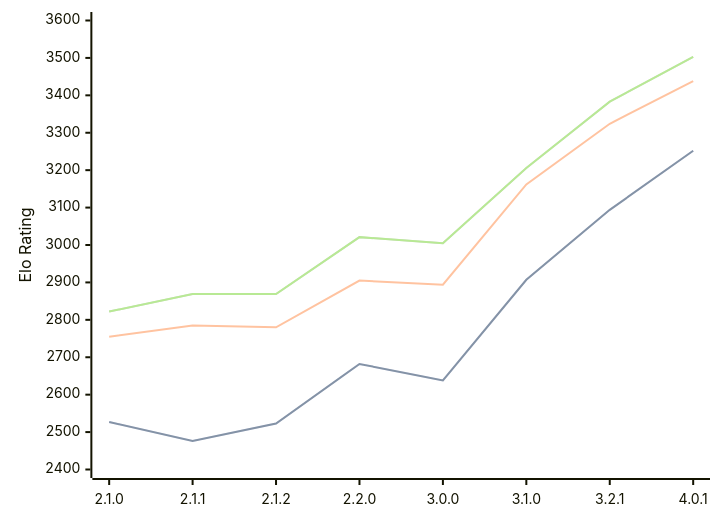
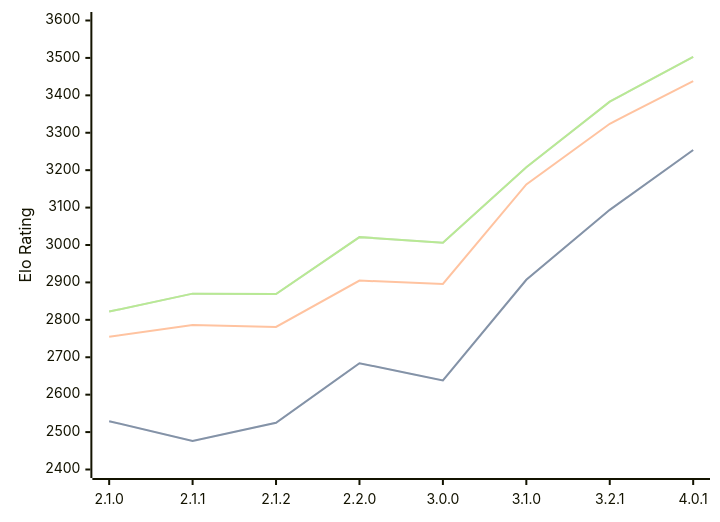
The diagram in engines/Prune.md (computer-chess-index/cci), drawn with Mermaid before and after one commit. The commit also changed other lines of this file, not shown here.

Commit message:
Update CCI Ratings (ELO VLTC) - 2026-08-27

````diff
--- a/engines/Prune.md
+++ b/engines/Prune.md
@@ -40,11 +40,11 @@
 ```mermaid
 %%{init: {"theme":"base","themeVariables":{"seriesColors:['#a3a3a3','#222221','#faa371']}}}%%
 xychart-beta
   x-axis ["2.1.0", "2.1.1", "2.1.2", "2.2.0", "3.0.0", "3.1.0", "3.2.1", "4.0.1"]
   y-axis "Elo Rating" 2400 --> 3600
-  line "STC (8.0+0.08s)" [2527, 2476, 2523, 2682, 2638, 2907, 3094, 3252]
-  line "STC (8.0+0.08s)" [2527, 2476, 2523, 2682, 2638, 2907, 3094, 3252]
-  line "LTC (60.0+0.60s)" [2755, 2785, 2780, 2905, 2894, 3162, 3324, 3438]
-  line "VLTC (2m24s+1.12s)" [2822, 2869, 2869, 3021, 3005, 3206, 3383, 3503]
-  line "VLTC (2m24s+1.12s)" [2822, 2869, 2869, 3021, 3005, 3206, 3383, 3503]
+  line "STC (8.0+0.08s)" [2529, 2476, 2525, 2684, 2638, 2907, 3094, 3254]
+  line "STC (8.0+0.08s)" [2529, 2476, 2525, 2684, 2638, 2907, 3094, 3254]
+  line "LTC (60.0+0.60s)" [2755, 2786, 2781, 2905, 2896, 3162, 3324, 3438]
+  line "VLTC (2m24s+1.12s)" [2822, 2870, 2869, 3021, 3006, 3208, 3383, 3503]
+  line "VLTC (2m24s+1.12s)" [2822, 2870, 2869, 3021, 3006, 3208, 3383, 3503]
 ```
````
